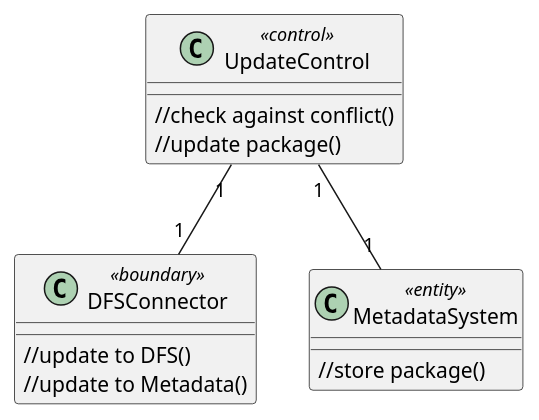
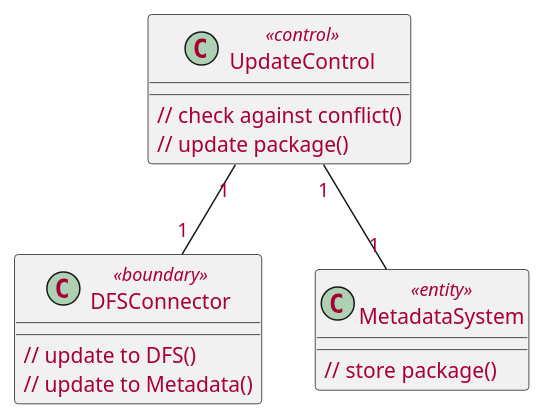
One commit to McSinyx/ipppi changed the sixth of 6 diagrams in source/solution/use-case-analysis.rst. Above: the diagram before and after it, drawn with PlantUML. The commit also changed other lines of this file and 1 other file, not shown here.

```diff
--- a/source/solution/use-case-analysis.rst
+++ b/source/solution/use-case-analysis.rst
@@ -157,18 +164,20 @@
 .. uml::
 
+   skinparam defaultFontColor #a80036
+
    class DFSConnector <<boundary>> {
-      //update to DFS()
-      //update to Metadata()
+      // update to DFS()
+      // update to Metadata()
    }
 
    class UpdateControl <<control>> {
-      //check against conflict()
-      //update package()
+      // check against conflict()
+      // update package()
    }
 
    class MetadataSystem <<entity>> {
-      //store package()
+      // store package()
    }
 
    UpdateControl "1" -- "1" DFSConnector
    UpdateControl "1" -- "1" MetadataSystem
```
